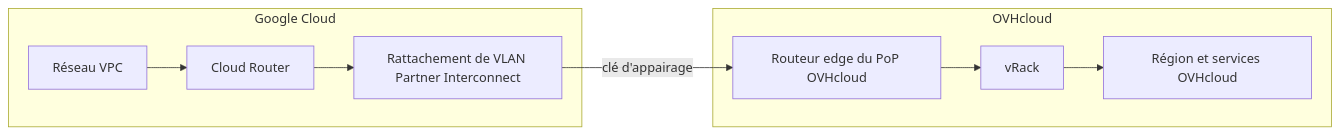
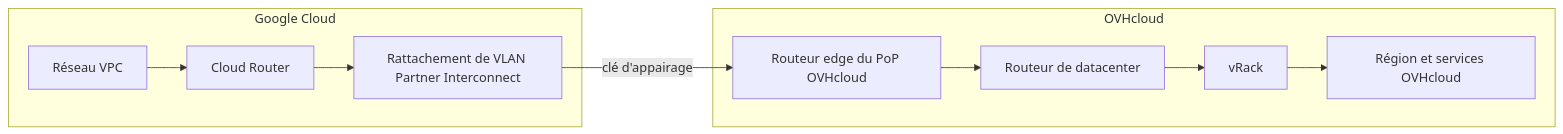
The diagram in docs/fr/guides/network/ovhcloud-connect/occ-cross-cloud-gcp.mdx (ovh/ovhcloud-docs), drawn with Mermaid before and after one commit. The commit also changed other lines of this file and 1 other file, not shown here.

````diff
--- a/docs/fr/guides/network/ovhcloud-connect/occ-cross-cloud-gcp.mdx
+++ b/docs/fr/guides/network/ovhcloud-connect/occ-cross-cloud-gcp.mdx
@@ -57,12 +57,13 @@
 ```mermaid
 flowchart LR
   subgraph GCP[Google Cloud]
     VPC[Réseau VPC] --> CR[Cloud Router]
     CR --> VA[Rattachement de VLAN Partner Interconnect]
   end
   VA -->|clé d'appairage| POP[Routeur edge du PoP OVHcloud]
   subgraph OVH[OVHcloud]
-    POP --> VR[vRack]
+    POP --> DCR[Routeur de datacenter]
+    DCR --> VR[vRack]
     VR --> SVC[Région et services OVHcloud]
   end
 ```
````
